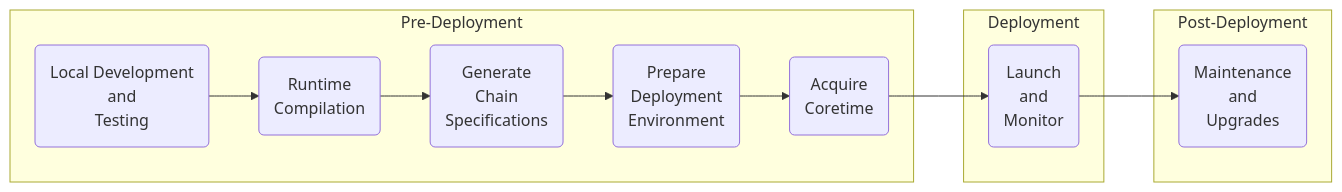
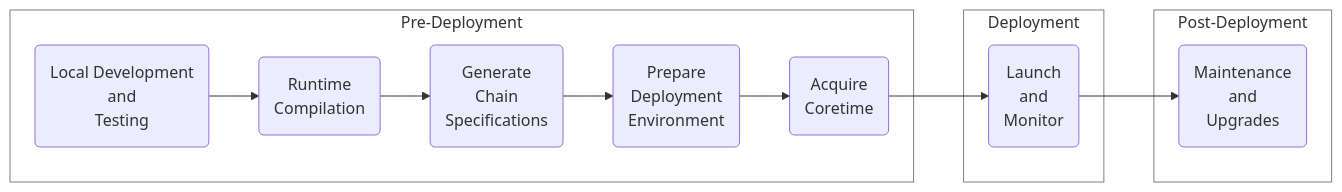
One commit to polkadot-developers/polkadot-docs changed the diagram in develop/blockchains/get-started/deploy-blockchain-to-polkadot.md. Above: the diagram before and after it, drawn with Mermaid.

Commit message:
updates mermaid diagram

````diff
--- a/develop/blockchains/get-started/deploy-blockchain-to-polkadot.md
+++ b/develop/blockchains/get-started/deploy-blockchain-to-polkadot.md
@@ -18,15 +18,23 @@
 ```mermaid
 graph LR
-    subgraph Pre-Deployment
+    %% Pre-Deployment Label
+    subgraph pre[Pre-Deployment]
+    style pre fill:none,stroke:gray
     A("Local Development\nand\nTesting") --> B("Runtime \n Compilation")
     B --> C("Generate \n Chain \n Specifications")
     C --> D("Prepare \n Deployment \n Environment")
     D --> E("Acquire \n Coretime")
     end
-    subgraph Deployment
+
+    %% Deployment Label
+    subgraph dep[Deployment]
+    style dep fill:none,stroke:gray
     E --> F("Launch \n and \n Monitor")
     end
-    subgraph Post-Deployment
+
+    %% Post-Deployment Label
+    subgraph post[Post-Deployment]
+    style post fill:none,stroke:gray
     F --> G("Maintenance \n and \n Upgrades")
     end
 ```
````
